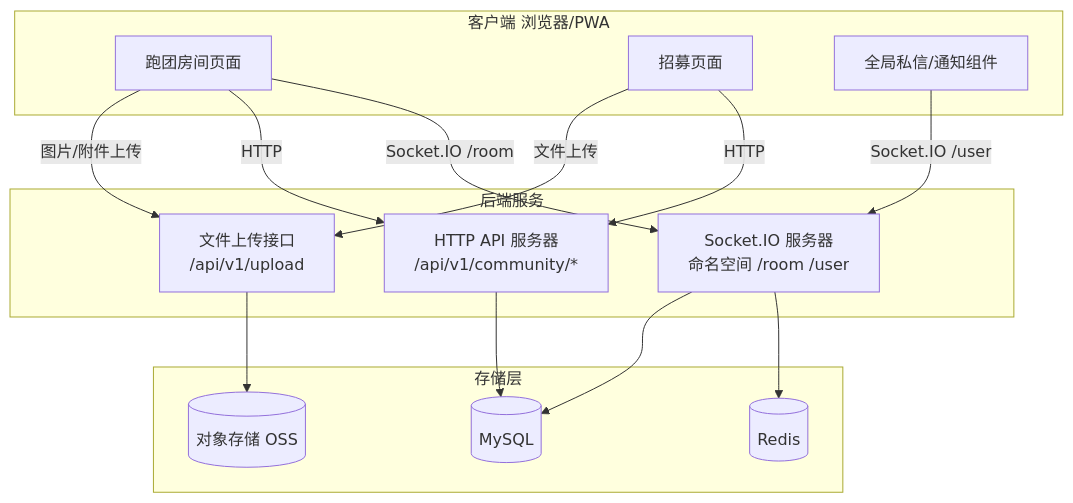
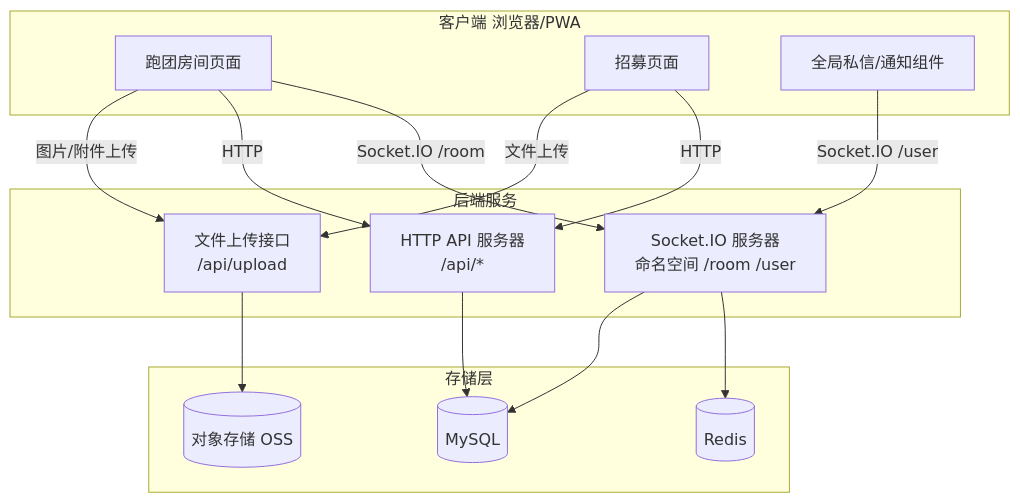
One commit to z-yuxi/trpg_new changed the diagram in docs/design/附录 A03：技术约定.md. Above: the diagram before and after it, drawn with Mermaid. The commit also changed other lines of this file and 13 other files, not shown here.

````diff
--- a/docs/design/附录 A03：技术约定.md
+++ b/docs/design/附录 A03：技术约定.md
@@ -212,28 +212,28 @@
 ```mermaid
 graph TB
     subgraph Client[客户端 浏览器/PWA]
         A[跑团房间页面]
         B[招募页面]
         C[全局私信/通知组件]
     end
     subgraph Backend[后端服务]
         WS_SIO[Socket.IO 服务器<br/>命名空间 /room /user]
-        HTTP_API[HTTP API 服务器<br/>/api/v1/community/*]
-        Upload[文件上传接口<br/>/api/v1/upload]
+        HTTP_API[HTTP API 服务器<br/>/api/*]
+        Upload[文件上传接口<br/>/api/upload]
     end
     subgraph Storage[存储层]
         DB[(MySQL)]
         OSS[(对象存储 OSS)]
         Redis[(Redis)]
     end
     A -- "Socket.IO /room" --> WS_SIO
     C -- "Socket.IO /user" --> WS_SIO
     B -- "HTTP" --> HTTP_API
     A -- "HTTP" --> HTTP_API
     B -- "文件上传" --> Upload
     A -- "图片/附件上传" --> Upload
     WS_SIO --> Redis
     WS_SIO --> DB
     HTTP_API --> DB
     Upload --> OSS
 ```
````
